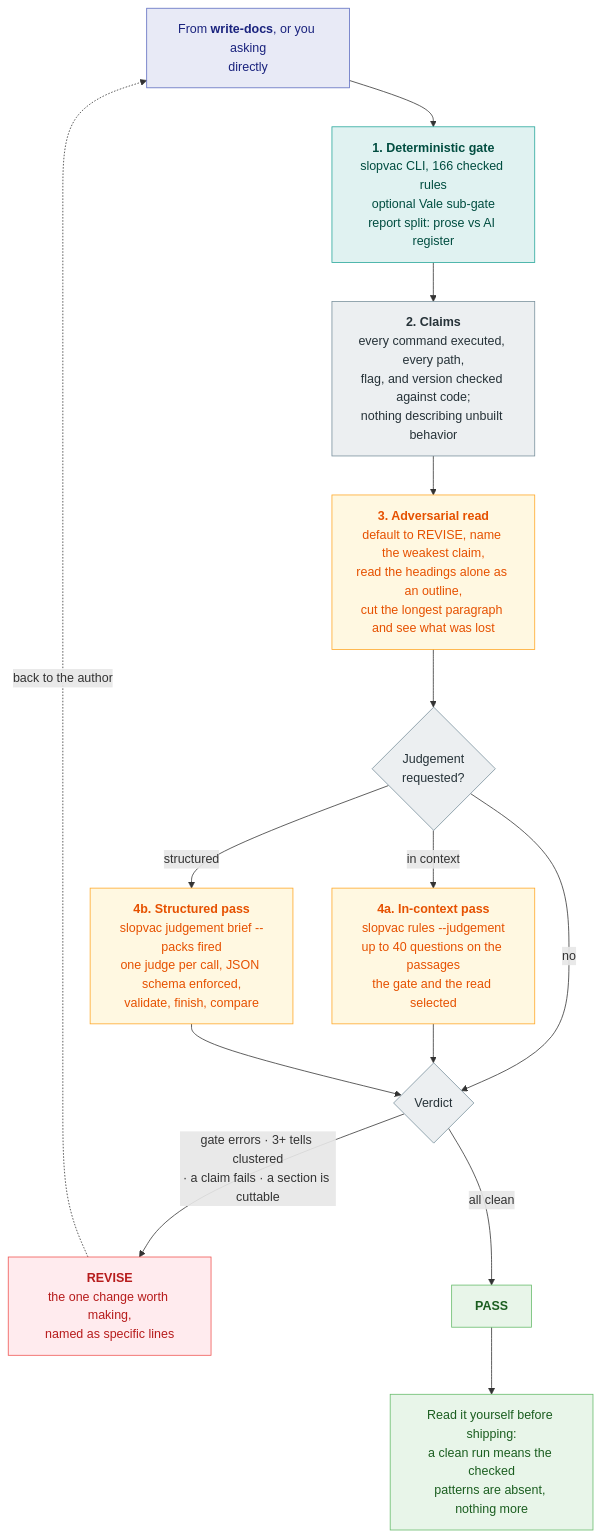
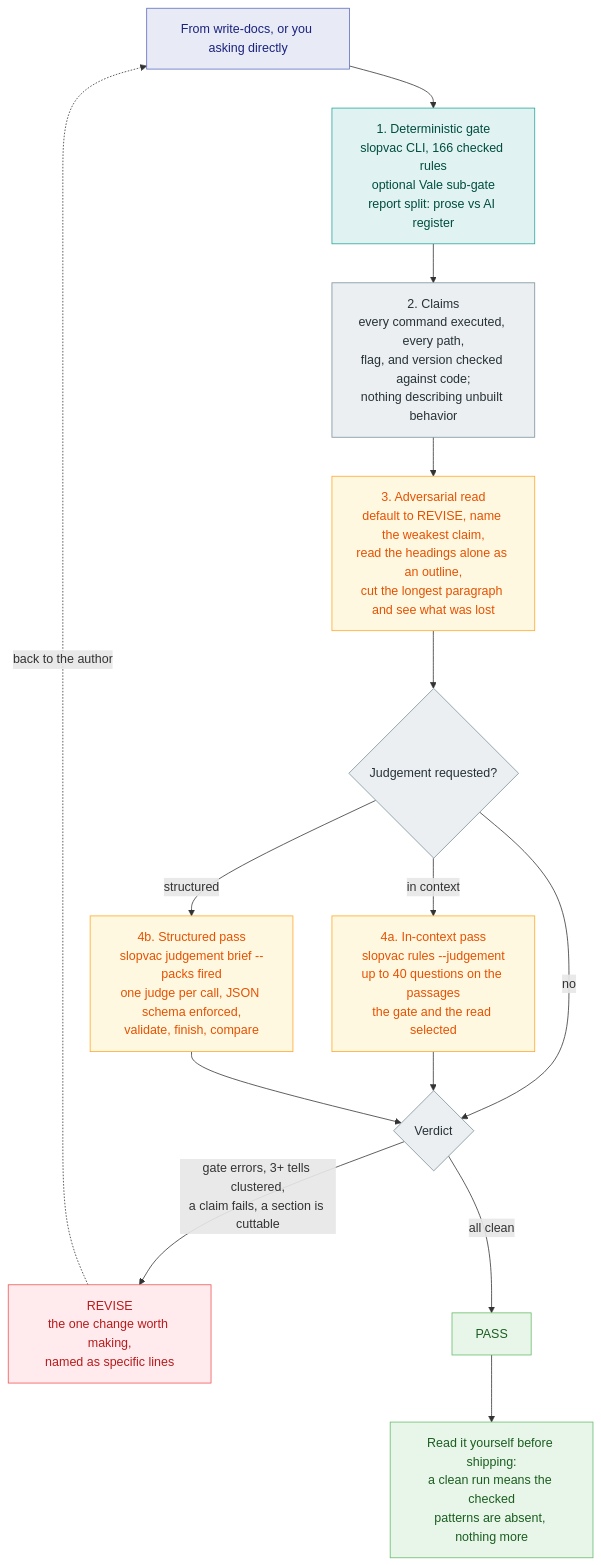
Before and after one commit to srobroek/slopvac: the second of 3 diagrams in README.md, drawn with Mermaid. The commit also changed other lines of this file, not shown here.

````diff
--- a/README.md
+++ b/README.md
@@ -115,43 +108,41 @@
 ```mermaid
 flowchart TD
-    IN["From <b>write-docs</b>, or you asking<br/>directly"]
+    IN["From write-docs, or you asking directly"]
+    GATE["1. Deterministic gate<br/>slopvac CLI, 166 checked rules<br/>optional Vale sub-gate<br/>report split: prose vs AI register"]
+    CLAIMS["2. Claims<br/>every command executed, every path,<br/>flag, and version checked against code;<br/>nothing describing unbuilt behavior"]
+    CUT["3. Adversarial read<br/>default to REVISE, name the weakest claim,<br/>read the headings alone as an outline,<br/>cut the longest paragraph and see what was lost"]
+    OPT{"Judgement requested?"}
+    INCTX["4a. In-context pass<br/>slopvac rules --judgement<br/>up to 40 questions on the passages<br/>the gate and the read selected"]
+    BRIEF["4b. Structured pass<br/>slopvac judgement brief --packs fired<br/>one judge per call, JSON schema enforced,<br/>validate, finish, compare"]
+    V{"Verdict"}
+    REVISE["REVISE<br/>the one change worth making,<br/>named as specific lines"]
+    PASS["PASS"]
+    SHIP["Read it yourself before shipping:<br/>a clean run means the checked<br/>patterns are absent, nothing more"]
 
     IN --> GATE
-
-    GATE["<b>1. Deterministic gate</b><br/>slopvac CLI, 166 checked rules<br/>optional Vale sub-gate<br/>report split: prose vs AI register"]
-
-    GATE --> CLAIMS["<b>2. Claims</b><br/>every command executed, every path,<br/>flag, and version checked against code;<br/>nothing describing unbuilt behavior"]
-
-    CLAIMS --> CUT["<b>3. Adversarial read</b><br/>default to REVISE, name the weakest claim,<br/>read the headings alone as an outline,<br/>cut the longest paragraph and see what was lost"]
-
-    CUT --> OPT{"Judgement<br/>requested?"}
-
+    GATE --> CLAIMS
+    CLAIMS --> CUT
+    CUT --> OPT
     OPT -->|no| V
-    OPT -->|"in context"| INCTX["<b>4a. In-context pass</b><br/>slopvac rules --judgement<br/>up to 40 questions on the passages<br/>the gate and the read selected"]
-    OPT -->|"structured"| BRIEF["<b>4b. Structured pass</b><br/>slopvac judgement brief --packs fired<br/>one judge per call, JSON schema enforced,<br/>validate, finish, compare"]
-
+    OPT -->|"in context"| INCTX
+    OPT -->|structured| BRIEF
     INCTX --> V
     BRIEF --> V
-
-    V{"Verdict"}
-
-    V -->|"gate errors · 3+ tells clustered<br/>· a claim fails · a section is cuttable"| REVISE["<b>REVISE</b><br/>the one change worth making,<br/>named as specific lines"]
-    V -->|"all clean"| PASS["<b>PASS</b>"]
-
-    REVISE -.->|back to the author| IN
-    PASS --> SHIP["Read it yourself before shipping:<br/>a clean run means the checked<br/>patterns are absent, nothing more"]
+    V -->|"gate errors, 3+ tells clustered,<br/>a claim fails, a section is cuttable"| REVISE
+    V -->|"all clean"| PASS
+    REVISE -.->|"back to the author"| IN
+    PASS --> SHIP
 
     classDef you fill:#e8eaf6,stroke:#5c6bc0,color:#1a237e
     classDef det fill:#e0f2f1,stroke:#26a69a,color:#004d40
     classDef jud fill:#fff8e1,stroke:#ffa726,color:#e65100
     classDef work fill:#eceff1,stroke:#78909c,color:#263238
     classDef bad fill:#ffebee,stroke:#ef5350,color:#b71c1c
     classDef good fill:#e8f5e9,stroke:#66bb6a,color:#1b5e20
-
     class IN you
     class GATE det
     class INCTX,BRIEF,CUT jud
     class CLAIMS,V,OPT work
     class REVISE bad
     class PASS,SHIP good
 ```
````
